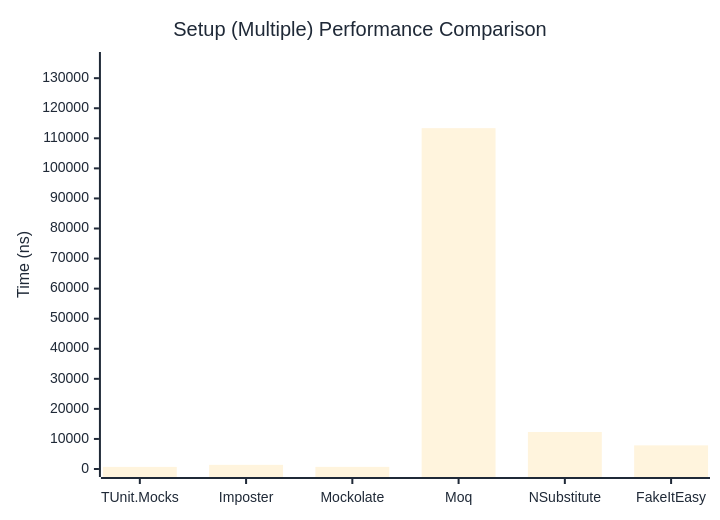
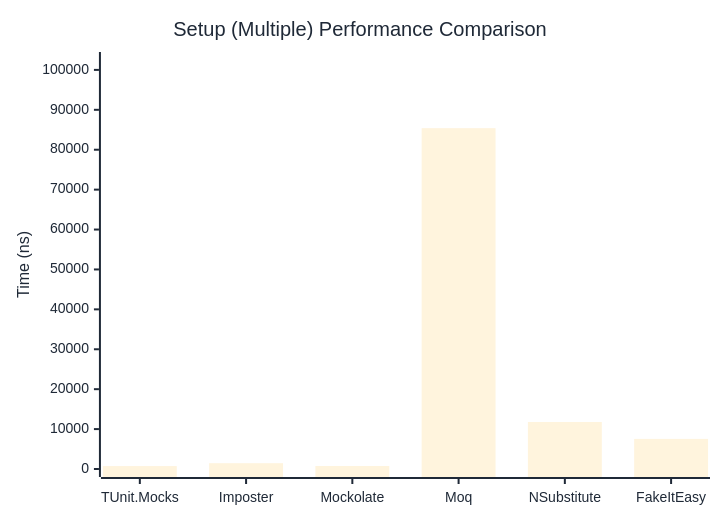
Before and after one commit to thomhurst/TUnit: the second of 2 diagrams in docs/docs/benchmarks/mocks/Setup.md, drawn with Mermaid. The commit also changed other lines of this file and 14 other files, not shown here.

````diff
--- a/docs/docs/benchmarks/mocks/Setup.md
+++ b/docs/docs/benchmarks/mocks/Setup.md
@@ -69,27 +69,27 @@
 ```mermaid
 %%{init: {
   'theme':'base',
   'themeVariables': {
     'primaryColor': '#2563eb',
     'primaryTextColor': '#1f2937',
     'primaryBorderColor': '#1e40af',
     'lineColor': '#6b7280',
     'secondaryColor': '#7c3aed',
     'tertiaryColor': '#dc2626',
     'background': '#ffffff',
     'pie1': '#2563eb',
     'pie2': '#7c3aed',
     'pie3': '#dc2626',
     'pie4': '#f59e0b',
     'pie5': '#10b981',
     'pie6': '#06b6d4',
     'pie7': '#ec4899',
     'pie8': '#6366f1'
   }
 }}%%
 xychart-beta
   title "Setup (Multiple) Performance Comparison"
   x-axis ["TUnit.Mocks", "Imposter", "Mockolate", "Moq", "NSubstitute", "FakeItEasy"]
-  y-axis "Time (ns)" 0 --> 136050
-  bar [697.6, 1383.5, 707.2, 113374.7, 12310.7, 7864.8]
+  y-axis "Time (ns)" 0 --> 102480
+  bar [729.8, 1459.5, 747.2, 85399.6, 11781, 7540.6]
 ```
````
